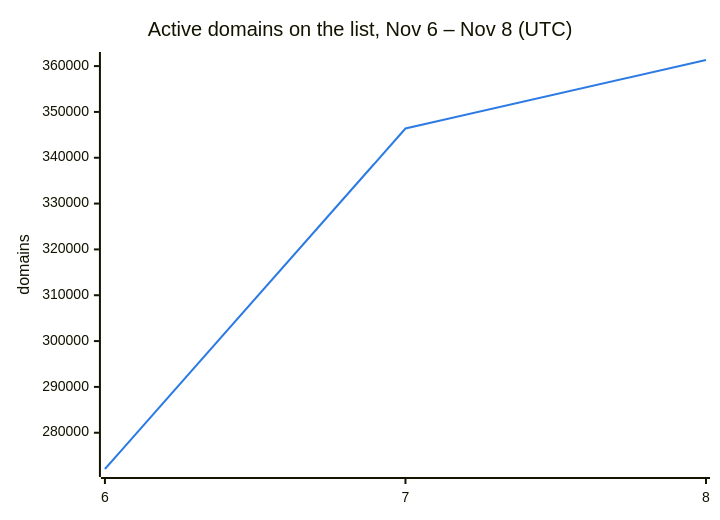
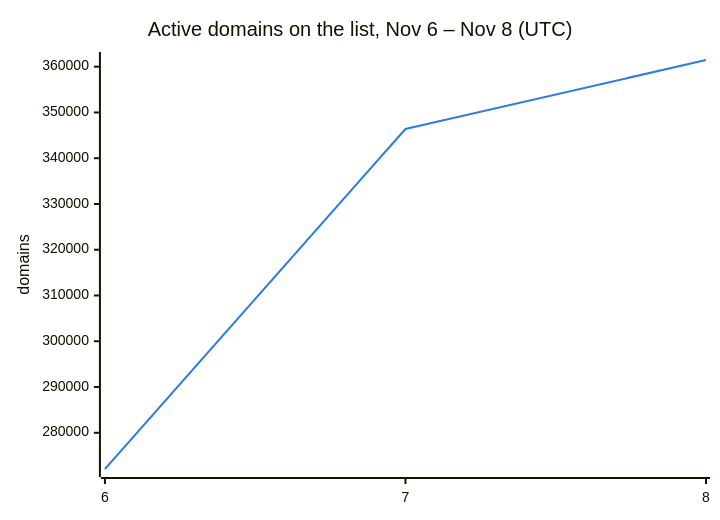
Before and after one commit to DNSBunker/CTI: the second of 3 diagrams in README.md, drawn with Mermaid. The commit also changed other lines of this file and 3 other files, not shown here.

````diff
--- a/README.md
+++ b/README.md
@@ -38,8 +38,8 @@
 ```mermaid
 %%{init: {"themeVariables": {"xyChart": {"plotColorPalette": "#2c7be5"}}}}%%
 xychart-beta
     title "Active domains on the list, Nov 6 – Nov 8 (UTC)"
     x-axis ["6", "7", "8"]
     y-axis "domains"
-    line [272088, 346388, 361328]
+    line [272088, 346388, 361460]
 ```
````
